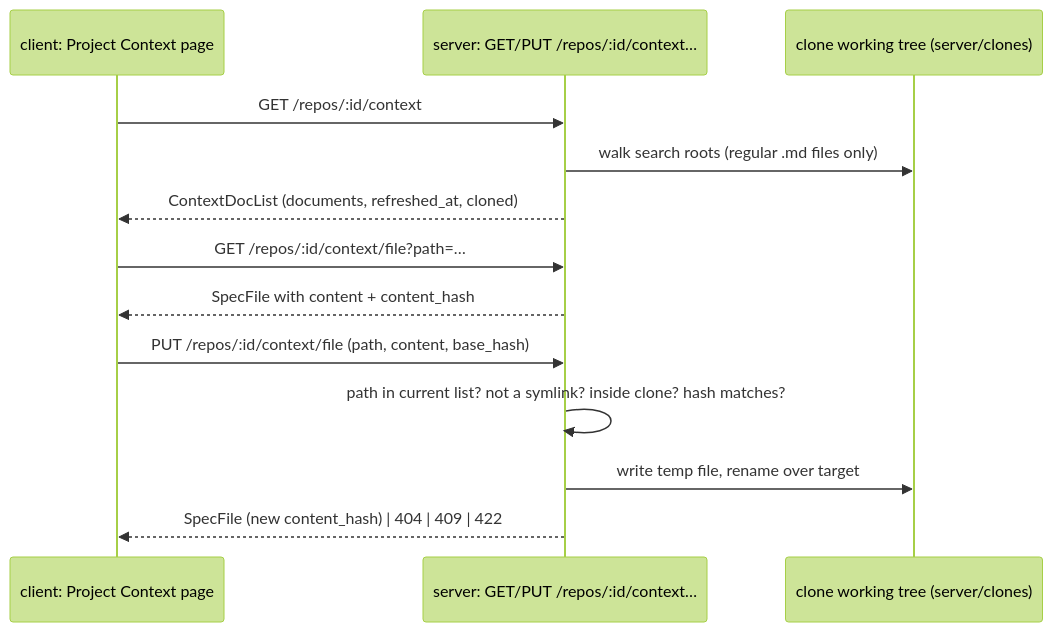
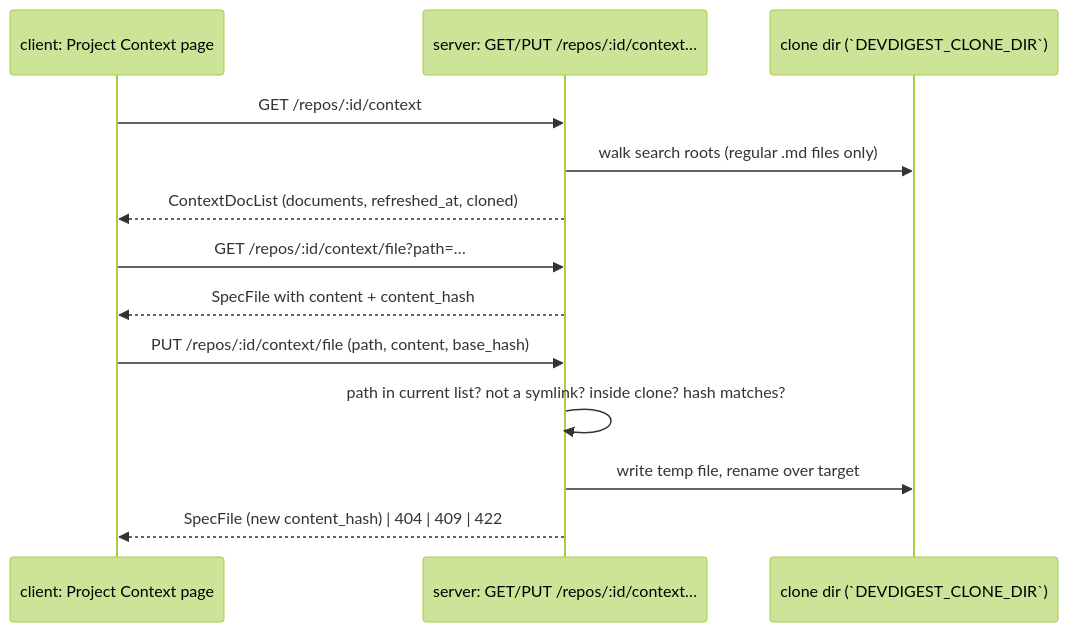
One commit to free3et/dev-digest changed the diagram in specs/2026-10-05-project-context-docs.md. Above: the diagram before and after it, drawn with Mermaid (forest theme). The commit also changed other lines of this file and 1 other file, not shown here.

Commit message:
docs(specs): add implementation plan for project-context docs; fix EC-8 and diagram label

````diff
--- a/specs/2026-10-05-project-context-docs.md
+++ b/specs/2026-10-05-project-context-docs.md
@@ -65,15 +65,15 @@
 ```mermaid
 sequenceDiagram
   participant Page as client: Project Context page
   participant API as server: GET/PUT /repos/:id/context…
-  participant Clone as clone working tree (server/clones)
+  participant Clone as clone dir (`DEVDIGEST_CLONE_DIR`)
   Page->>API: GET /repos/:id/context
   API->>Clone: walk search roots (regular .md files only)
   API-->>Page: ContextDocList (documents, refreshed_at, cloned)
   Page->>API: GET /repos/:id/context/file?path=…
   API-->>Page: SpecFile with content + content_hash
   Page->>API: PUT /repos/:id/context/file (path, content, base_hash)
   API->>API: path in current list? not a symlink? inside clone? hash matches?
   API->>Clone: write temp file, rename over target
   API-->>Page: SpecFile (new content_hash) | 404 | 409 | 422
 ```
````
